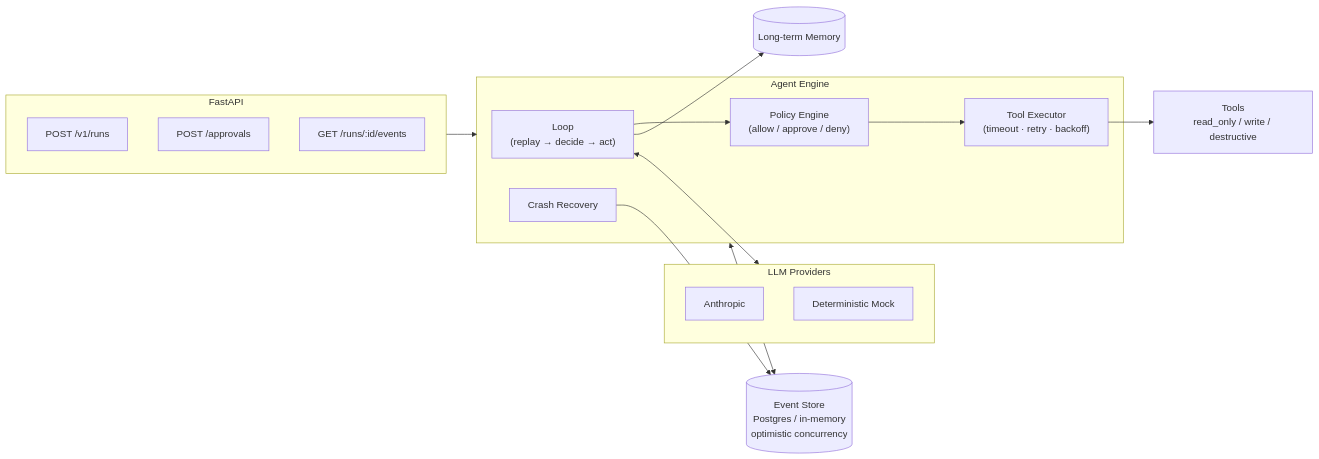
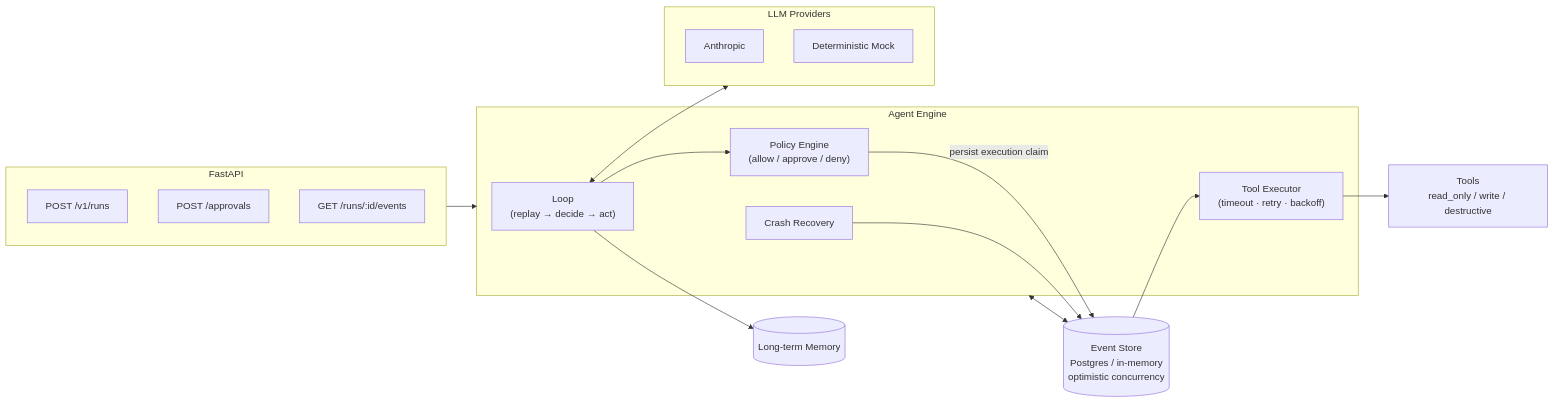
The first of 3 diagrams in README.md (mrinmoyece/relay), drawn with Mermaid before and after one commit. The commit also changed other lines of this file and 35 other files, not shown here.

````diff
--- a/README.md
+++ b/README.md
@@ -29,31 +29,32 @@
 ```mermaid
 flowchart LR
     subgraph API["FastAPI"]
         R1["POST /v1/runs"]
         R2["POST /approvals"]
         R3["GET /runs/:id/events"]
     end
 
     subgraph Engine["Agent Engine"]
         LOOP["Loop<br/>(replay → decide → act)"]
         EXEC["Tool Executor<br/>(timeout · retry · backoff)"]
         POL["Policy Engine<br/>(allow / approve / deny)"]
         REC["Crash Recovery"]
     end
 
     subgraph Providers["LLM Providers"]
         ANT["Anthropic"]
         MOCK["Deterministic Mock"]
     end
 
     STORE[("Event Store<br/>Postgres / in-memory<br/>optimistic concurrency")]
     MEM[("Long-term Memory")]
     TOOLS["Tools<br/>read_only / write / destructive"]
 
     API --> Engine
-    LOOP --> POL --> EXEC --> TOOLS
+    LOOP --> POL -->|"persist execution claim"| STORE
+    STORE --> EXEC --> TOOLS
     LOOP <--> Providers
     Engine <--> STORE
     REC --> STORE
     LOOP --> MEM
 ```
````
